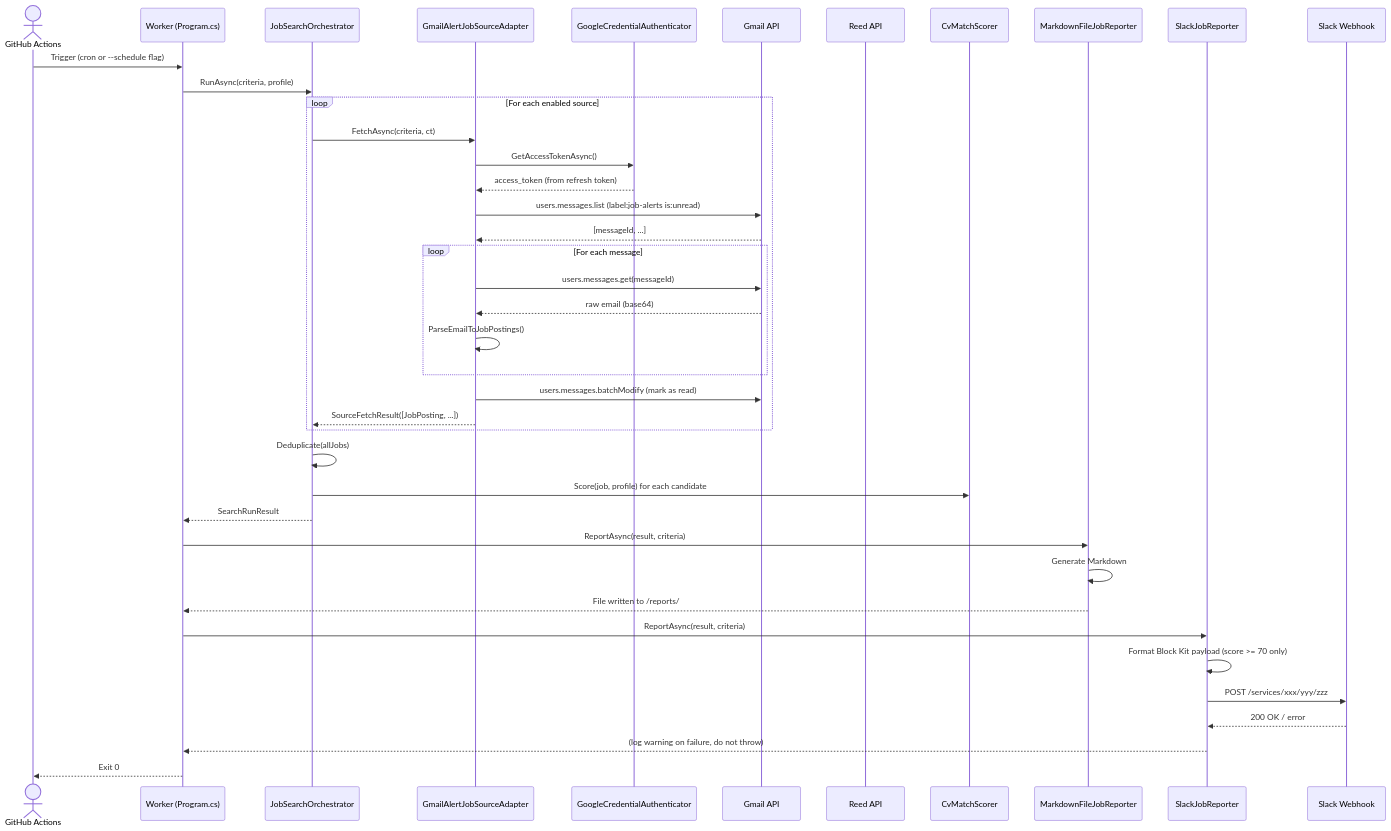
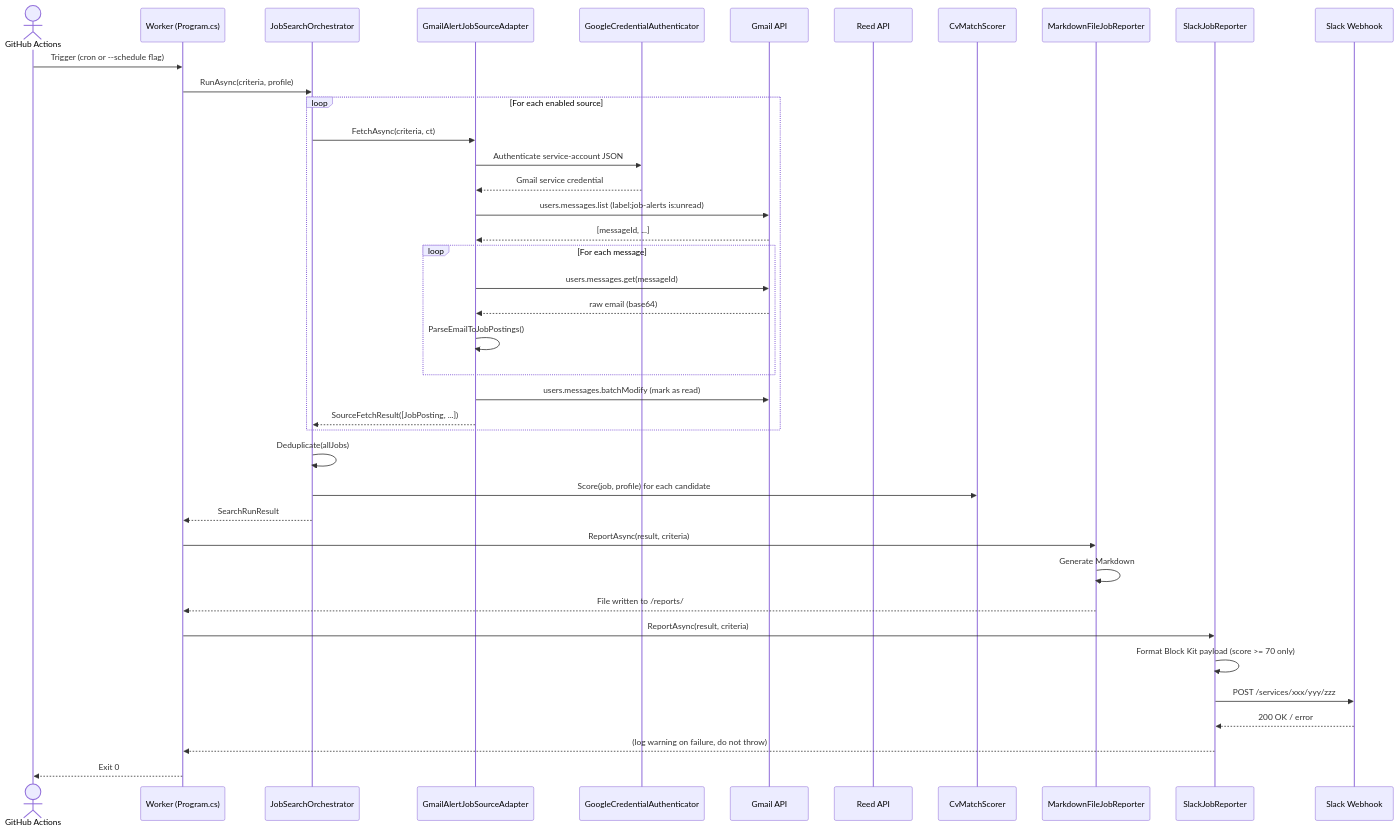
One commit to ekanatha-urivakili/AiJobSearchAgent changed the third of 11 diagrams in docs/gmail-slack-integration.md. Above: the diagram before and after it, drawn with Mermaid. The commit also changed other lines of this file and 19 other files, not shown here.

````diff
--- a/docs/gmail-slack-integration.md
+++ b/docs/gmail-slack-integration.md
@@ -122,48 +134,48 @@
 ```mermaid
 sequenceDiagram
     actor GH as GitHub Actions
     participant W as Worker (Program.cs)
     participant JO as JobSearchOrchestrator
     participant GJSA as GmailAlertJobSourceAdapter
     participant GAuth as GoogleCredentialAuthenticator
     participant GmailAPI as Gmail API
     participant ReedAPI as Reed API
     participant Scorer as CvMatchScorer
     participant MFR as MarkdownFileJobReporter
     participant SJR as SlackJobReporter
     participant Slack as Slack Webhook
 
     GH->>W: Trigger (cron or --schedule flag)
     W->>JO: RunAsync(criteria, profile)
 
     loop For each enabled source
         JO->>GJSA: FetchAsync(criteria, ct)
-        GJSA->>GAuth: GetAccessTokenAsync()
-        GAuth-->>GJSA: access_token (from refresh token)
+        GJSA->>GAuth: Authenticate service-account JSON
+        GAuth-->>GJSA: Gmail service credential
         GJSA->>GmailAPI: users.messages.list (label:job-alerts is:unread)
         GmailAPI-->>GJSA: [messageId, ...]
         loop For each message
             GJSA->>GmailAPI: users.messages.get(messageId)
             GmailAPI-->>GJSA: raw email (base64)
             GJSA->>GJSA: ParseEmailToJobPostings()
         end
         GJSA->>GmailAPI: users.messages.batchModify (mark as read)
         GJSA-->>JO: SourceFetchResult([JobPosting, ...])
     end
 
     JO->>JO: Deduplicate(allJobs)
     JO->>Scorer: Score(job, profile) for each candidate
     JO-->>W: SearchRunResult
 
     W->>MFR: ReportAsync(result, criteria)
     MFR->>MFR: Generate Markdown
     MFR-->>W: File written to /reports/
 
     W->>SJR: ReportAsync(result, criteria)
     SJR->>SJR: Format Block Kit payload (score >= 70 only)
     SJR->>Slack: POST /services/xxx/yyy/zzz
     Slack-->>SJR: 200 OK / error
     SJR-->>W: (log warning on failure, do not throw)
 
     W-->>GH: Exit 0
 ```
````
